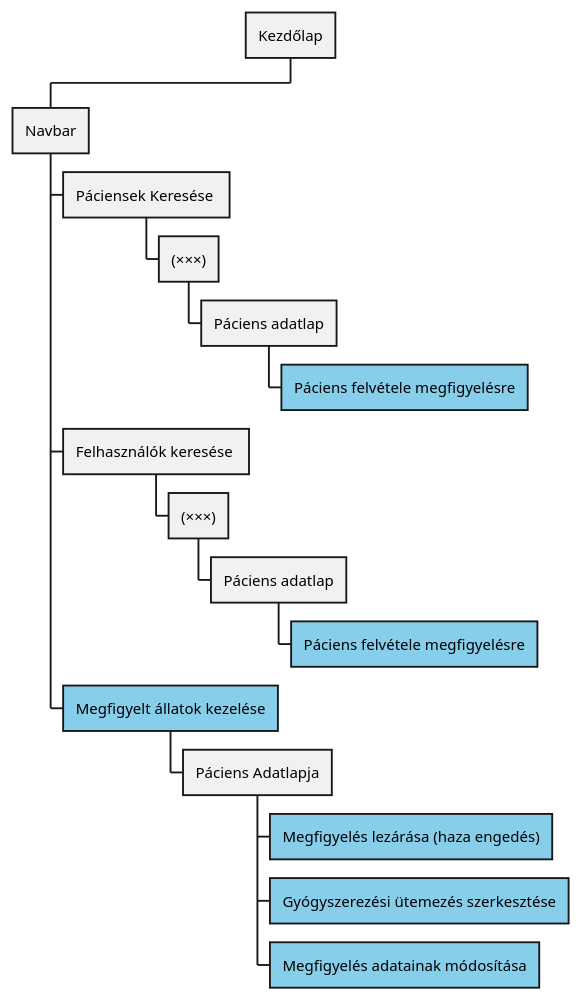
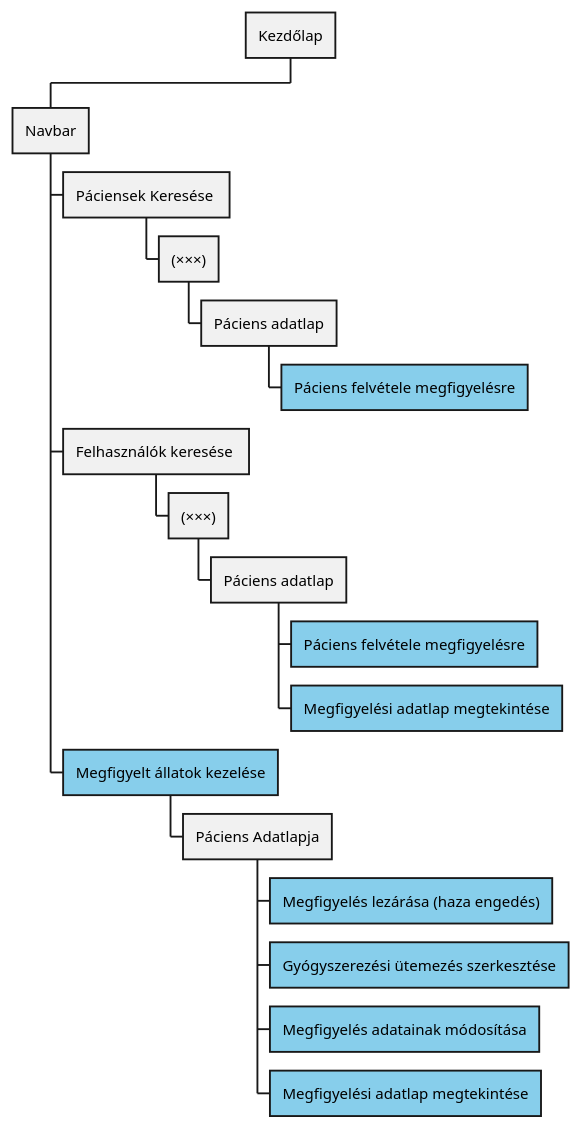
One commit to Vizsgaremek-borosd-dekanycs/srs-docs changed the sixth of 6 diagrams in Writerside/topics/Funkcionális-Követelmények-SRS.md. Above: the diagram before and after it, drawn with PlantUML. The commit also changed other lines of this file, not shown here.

````diff
--- a/Writerside/topics/Funkcionális-Követelmények-SRS.md
+++ b/Writerside/topics/Funkcionális-Követelmények-SRS.md
@@ -277,19 +353,21 @@
 ```plantuml
 @startwbs
 * Kezdőlap
 ** Navbar
 *** Páciensek Keresése 
 **** (×××)
 ***** Páciens adatlap
 ******[#SkyBlue] Páciens felvétele megfigyelésre
 *** Felhasználók keresése 
 **** (×××)
 ***** Páciens adatlap
 ******[#SkyBlue] Páciens felvétele megfigyelésre
+******[#SkyBlue] Megfigyelési adatlap megtekintése
 ***[#SkyBlue] Megfigyelt állatok kezelése
 **** Páciens Adatlapja
 *****[#SkyBlue] Megfigyelés lezárása (haza engedés)
 *****[#SkyBlue] Gyógyszerezési ütemezés szerkesztése
 *****[#SkyBlue] Megfigyelés adatainak módosítása
+*****[#SkyBlue] Megfigyelési adatlap megtekintése
 @endwbs
 ```
````
